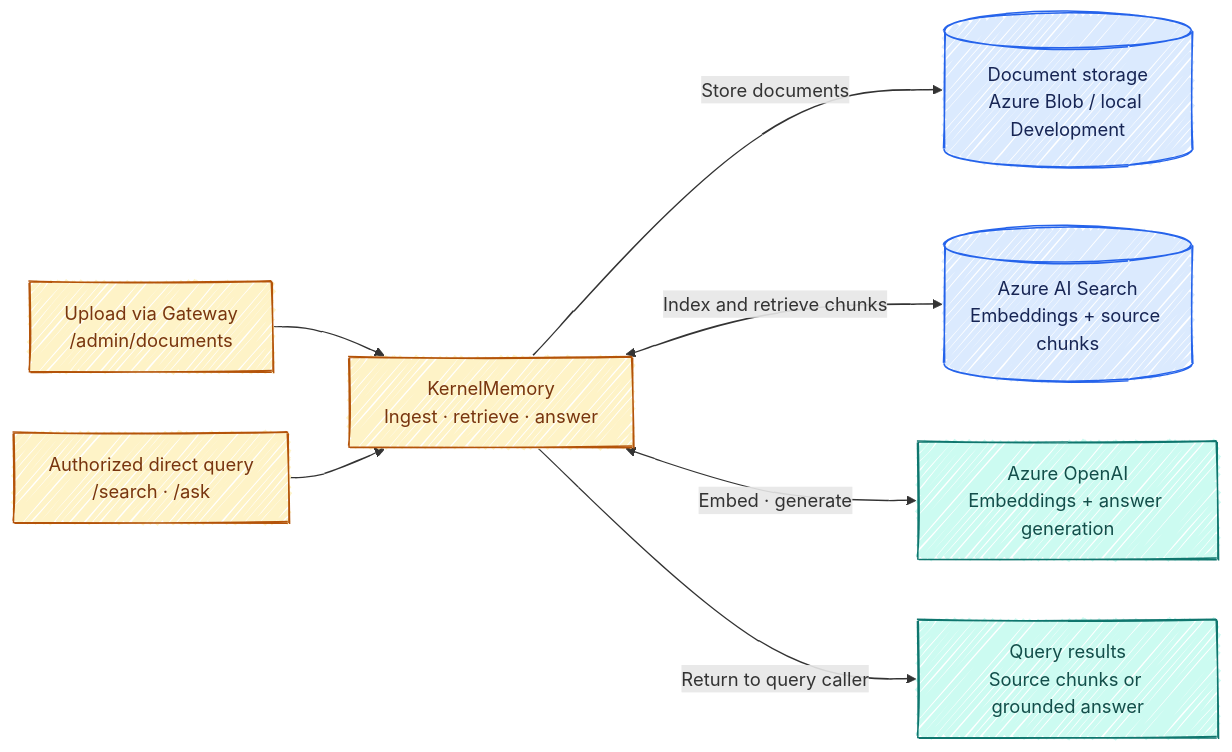
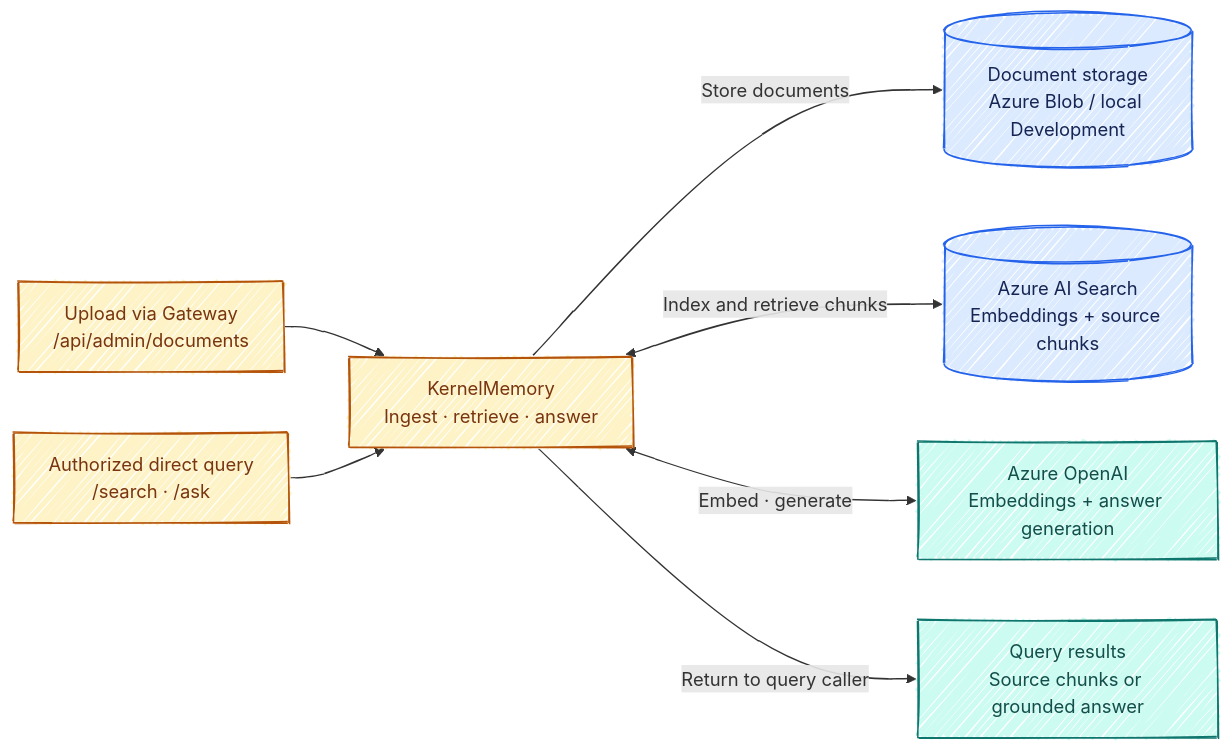
The second of 2 diagrams in README.md (khuongpham1995/MyAIAgent), drawn with Mermaid before and after one commit. The commit also changed other lines of this file and 31 other files, not shown here.

````diff
--- a/README.md
+++ b/README.md
@@ -96,30 +96,30 @@
 ```mermaid
 ---
 config:
   look: handDrawn
   handDrawnSeed: 42
   fontFamily: 'Comic Sans MS, Comic Sans, cursive'
 ---
 flowchart LR
-    upload["Upload via Gateway<br/>/admin/documents"]
+    upload["Upload via Gateway<br/>/api/admin/documents"]
     query["Authorized direct query<br/>/search · /ask"]
     memory["KernelMemory<br/>Ingest · retrieve · answer"]
     index[("Azure AI Search<br/>Embeddings + source chunks")]
     storage[("Document storage<br/>Azure Blob / local Development")]
     ai["Azure OpenAI<br/>Embeddings + answer generation"]
     result["Query results<br/>Source chunks or grounded answer"]
 
     upload --> memory
     query --> memory
     memory -->|"Store documents"| storage
     memory <-->|"Index and retrieve chunks"| index
     memory <-->|"Embed · generate"| ai
     memory -->|"Return to query caller"| result
 
     classDef process fill:#fef3c7,stroke:#b45309,color:#78350f
     classDef data fill:#dbeafe,stroke:#2563eb,color:#172554
     classDef result fill:#ccfbf1,stroke:#0f766e,color:#134e4a
     class upload,query,memory process
     class index,storage data
     class ai,result result
 ```
````
